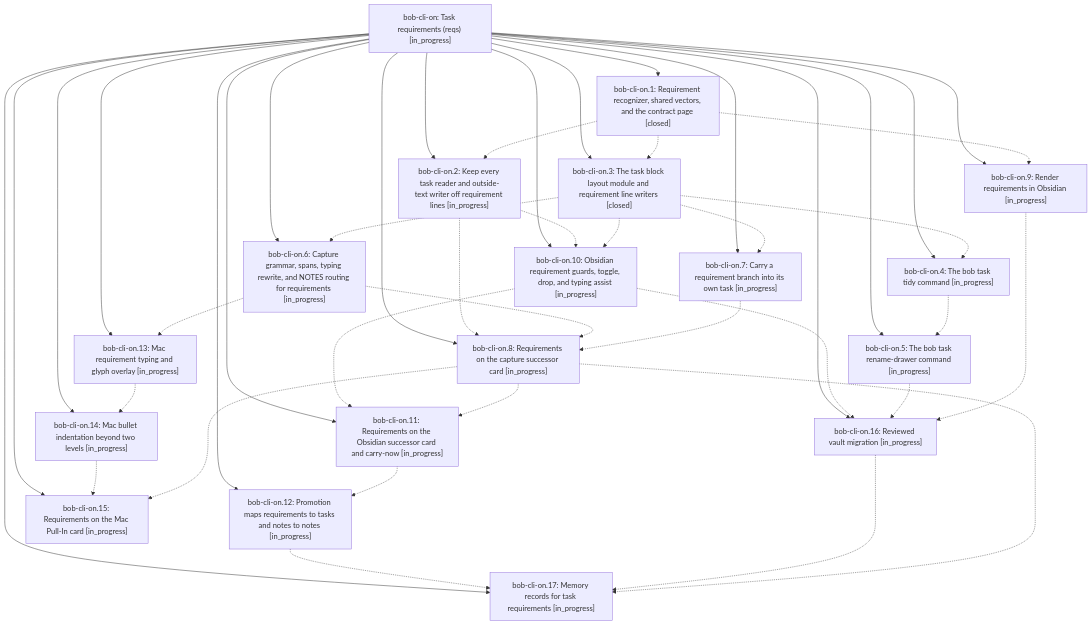
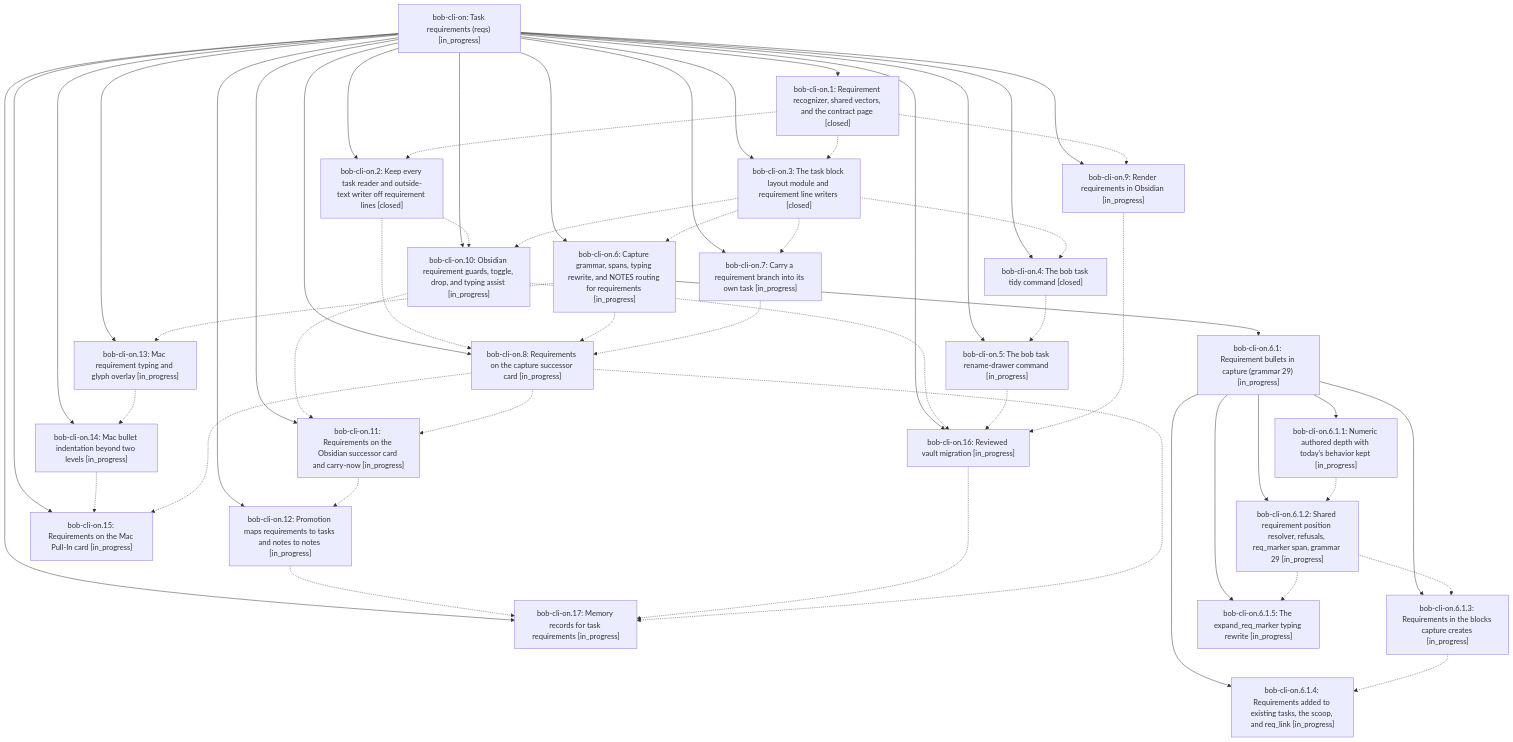
Before and after one commit to bobs-org/bob-cli--beads: the diagram in pages/bob-cli-on/README.md, drawn with Mermaid. The commit also changed other lines of this file and 13 other files, not shown here.

First line of the commit message:
chore(beads): sync bead state and pages for bob-cli-on

````diff
--- a/pages/bob-cli-on/README.md
+++ b/pages/bob-cli-on/README.md
@@ -50,63 +50,79 @@
 ```mermaid
 flowchart TD
     n0["bob-cli-on: Task requirements (reqs) [in_progress]"]
     n1["bob-cli-on.1: Requirement recognizer, shared vectors, and the contract page [closed]"]
     n2["bob-cli-on.10: Obsidian requirement guards, toggle, drop, and typing assist [in_progress]"]
     n3["bob-cli-on.11: Requirements on the Obsidian successor card and carry-now [in_progress]"]
     n4["bob-cli-on.12: Promotion maps requirements to tasks and notes to notes [in_progress]"]
     n5["bob-cli-on.13: Mac requirement typing and glyph overlay [in_progress]"]
     n6["bob-cli-on.14: Mac bullet indentation beyond two levels [in_progress]"]
     n7["bob-cli-on.15: Requirements on the Mac Pull-In card [in_progress]"]
     n8["bob-cli-on.16: Reviewed vault migration [in_progress]"]
     n9["bob-cli-on.17: Memory records for task requirements [in_progress]"]
-    n10["bob-cli-on.2: Keep every task reader and outside-text writer off requirement lines [in_progress]"]
+    n10["bob-cli-on.2: Keep every task reader and outside-text writer off requirement lines [closed]"]
     n11["bob-cli-on.3: The task block layout module and requirement line writers [closed]"]
-    n12["bob-cli-on.4: The bob task tidy command [in_progress]"]
+    n12["bob-cli-on.4: The bob task tidy command [closed]"]
     n13["bob-cli-on.5: The bob task rename-drawer command [in_progress]"]
     n14["bob-cli-on.6: Capture grammar, spans, typing rewrite, and NOTES routing for requirements [in_progress]"]
-    n15["bob-cli-on.7: Carry a requirement branch into its own task [in_progress]"]
-    n16["bob-cli-on.8: Requirements on the capture successor card [in_progress]"]
-    n17["bob-cli-on.9: Render requirements in Obsidian [in_progress]"]
+    n15["bob-cli-on.6.1: Requirement bullets in capture (grammar 29) [in_progress]"]
+    n16["bob-cli-on.6.1.1: Numeric authored depth with today's behavior kept [in_progress]"]
+    n17["bob-cli-on.6.1.2: Shared requirement position resolver, refusals, req_marker span, grammar 29 [in_progress]"]
+    n18["bob-cli-on.6.1.3: Requirements in the blocks capture creates [in_progress]"]
+    n19["bob-cli-on.6.1.4: Requirements added to existing tasks, the scoop, and req_link [in_progress]"]
+    n20["bob-cli-on.6.1.5: The expand_req_marker typing rewrite [in_progress]"]
+    n21["bob-cli-on.7: Carry a requirement branch into its own task [in_progress]"]
+    n22["bob-cli-on.8: Requirements on the capture successor card [in_progress]"]
+    n23["bob-cli-on.9: Render requirements in Obsidian [in_progress]"]
     n0 --> n1
     n0 --> n2
     n0 --> n3
     n0 --> n4
     n0 --> n5
     n0 --> n6
     n0 --> n7
     n0 --> n8
     n0 --> n9
     n0 --> n10
     n0 --> n11
     n0 --> n12
     n0 --> n13
     n0 --> n14
-    n0 --> n15
-    n0 --> n16
-    n0 --> n17
+    n14 --> n15
+    n15 --> n16
+    n15 --> n17
+    n15 --> n18
+    n15 --> n19
+    n15 --> n20
+    n0 --> n21
+    n0 --> n22
+    n0 --> n23
     n1 -.-> n10
     n1 -.-> n11
-    n1 -.-> n17
+    n1 -.-> n23
     n2 -.-> n3
     n2 -.-> n8
     n3 -.-> n4
     n4 -.-> n9
     n5 -.-> n6
     n6 -.-> n7
     n8 -.-> n9
     n10 -.-> n2
-    n10 -.-> n16
+    n10 -.-> n22
     n11 -.-> n2
     n11 -.-> n12
     n11 -.-> n14
-    n11 -.-> n15
+    n11 -.-> n21
     n12 -.-> n13
     n13 -.-> n8
     n14 -.-> n5
-    n14 -.-> n16
-    n15 -.-> n16
-    n16 -.-> n3
-    n16 -.-> n7
-    n16 -.-> n9
-    n17 -.-> n8
+    n14 -.-> n22
+    n16 -.-> n17
+    n17 -.-> n18
+    n17 -.-> n20
+    n18 -.-> n19
+    n21 -.-> n22
+    n22 -.-> n3
+    n22 -.-> n7
+    n22 -.-> n9
+    n23 -.-> n8
 ```
````
